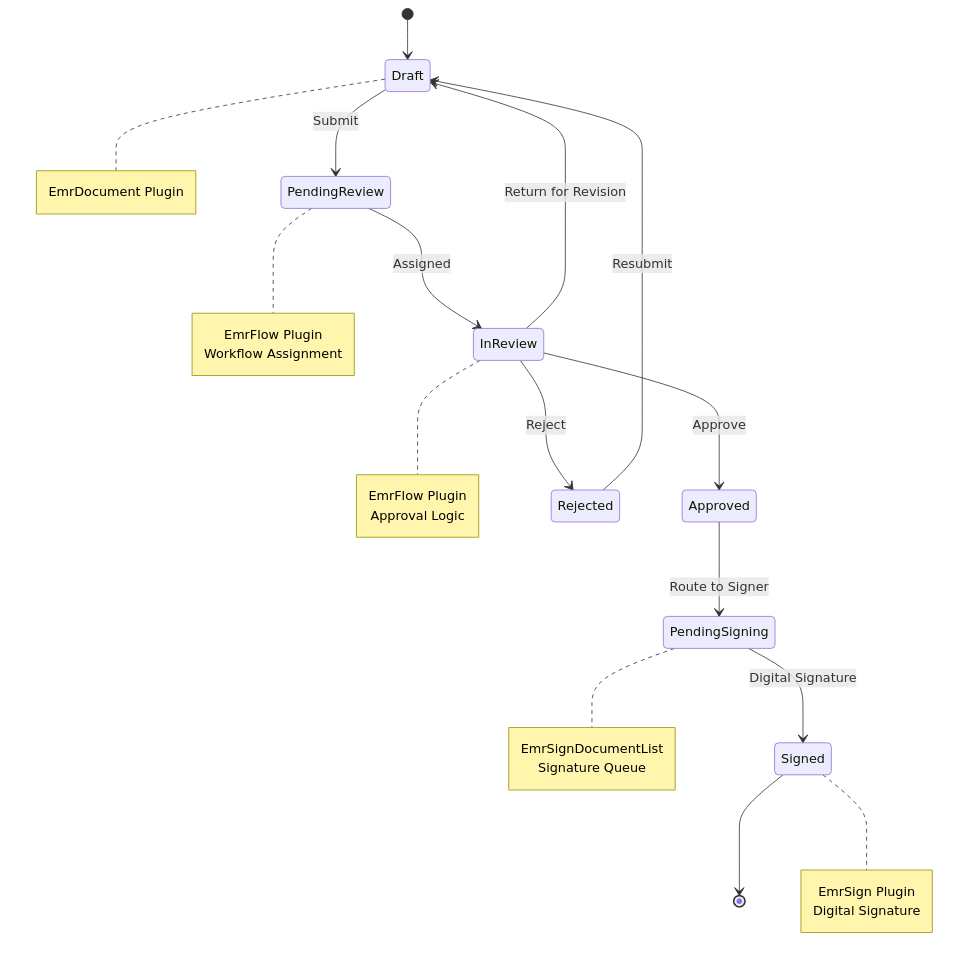
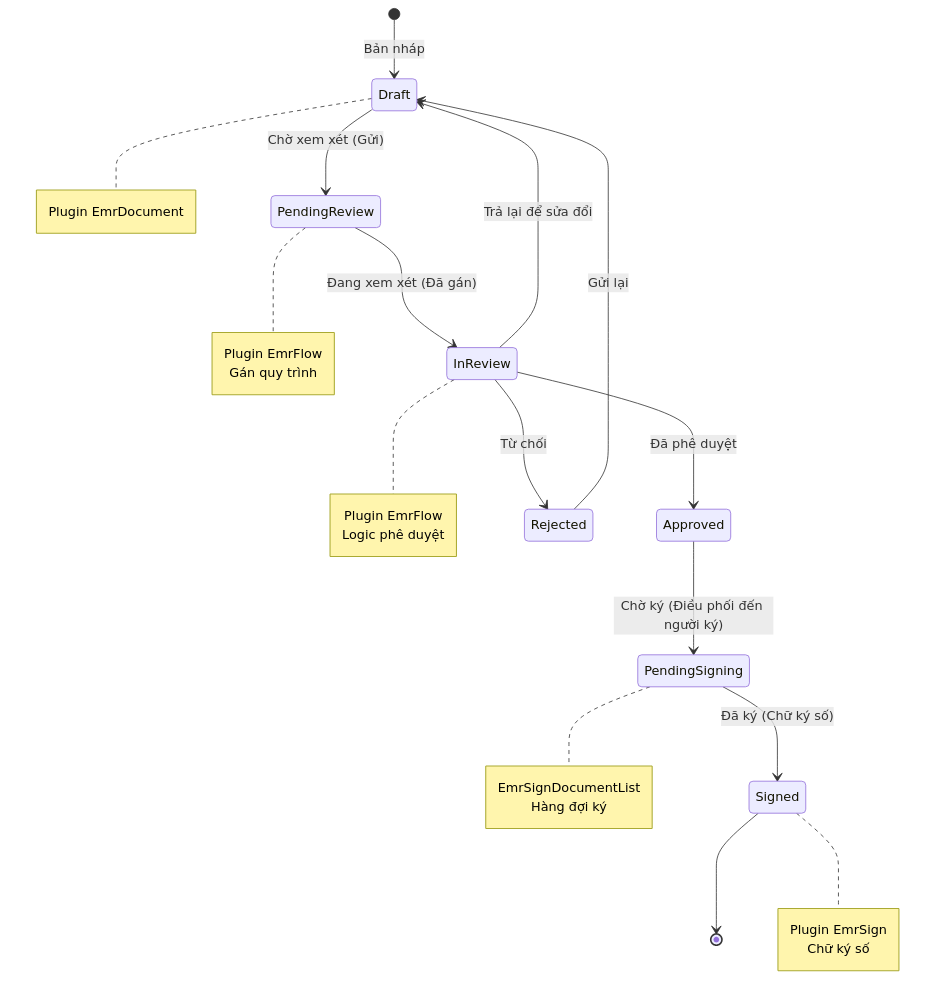
Before and after one commit to thangpnb/HIS: diagram 13 of 16 in docs/his-ba-documentation/03-business-domains/administration/access-control.md, drawn with Mermaid. The commit also changed other lines of this file and 30 other files, not shown here.

Commit message:
Refactor architecture docs and update translations

````diff
--- a/docs/his-ba-documentation/03-business-domains/administration/access-control.md
+++ b/docs/his-ba-documentation/03-business-domains/administration/access-control.md
@@ -779,37 +776,37 @@
 ```mermaid
 stateDiagram-v2
-    [*] --> Draft
-    Draft --> PendingReview: Submit
-    PendingReview --> InReview: Assigned
-    InReview --> Approved: Approve
-    InReview --> Rejected: Reject
-    InReview --> Draft: Return for Revision
-    Rejected --> Draft: Resubmit
-    Approved --> PendingSigning: Route to Signer
-    PendingSigning --> Signed: Digital Signature
+    [*] --> Draft: Bản nháp
+    Draft --> PendingReview: Chờ xem xét (Gửi)
+    PendingReview --> InReview: Đang xem xét (Đã gán)
+    InReview --> Approved: Đã phê duyệt
+    InReview --> Rejected: Từ chối
+    InReview --> Draft: Trả lại để sửa đổi
+    Rejected --> Draft: Gửi lại
+    Approved --> PendingSigning: Chờ ký (Điều phối đến người ký)
+    PendingSigning --> Signed: Đã ký (Chữ ký số)
     Signed --> [*]
     
     note right of Draft
-        EmrDocument Plugin
+        Plugin EmrDocument
     end note
     
     note right of PendingReview
-        EmrFlow Plugin
-        Workflow Assignment
+        Plugin EmrFlow
+        Gán quy trình
     end note
     
     note right of InReview
-        EmrFlow Plugin
-        Approval Logic
+        Plugin EmrFlow
+        Logic phê duyệt
     end note
     
     note right of PendingSigning
         EmrSignDocumentList
-        Signature Queue
+        Hàng đợi ký
     end note
     
     note right of Signed
-        EmrSign Plugin
-        Digital Signature
+        Plugin EmrSign
+        Chữ ký số
     end note
 ```
````
